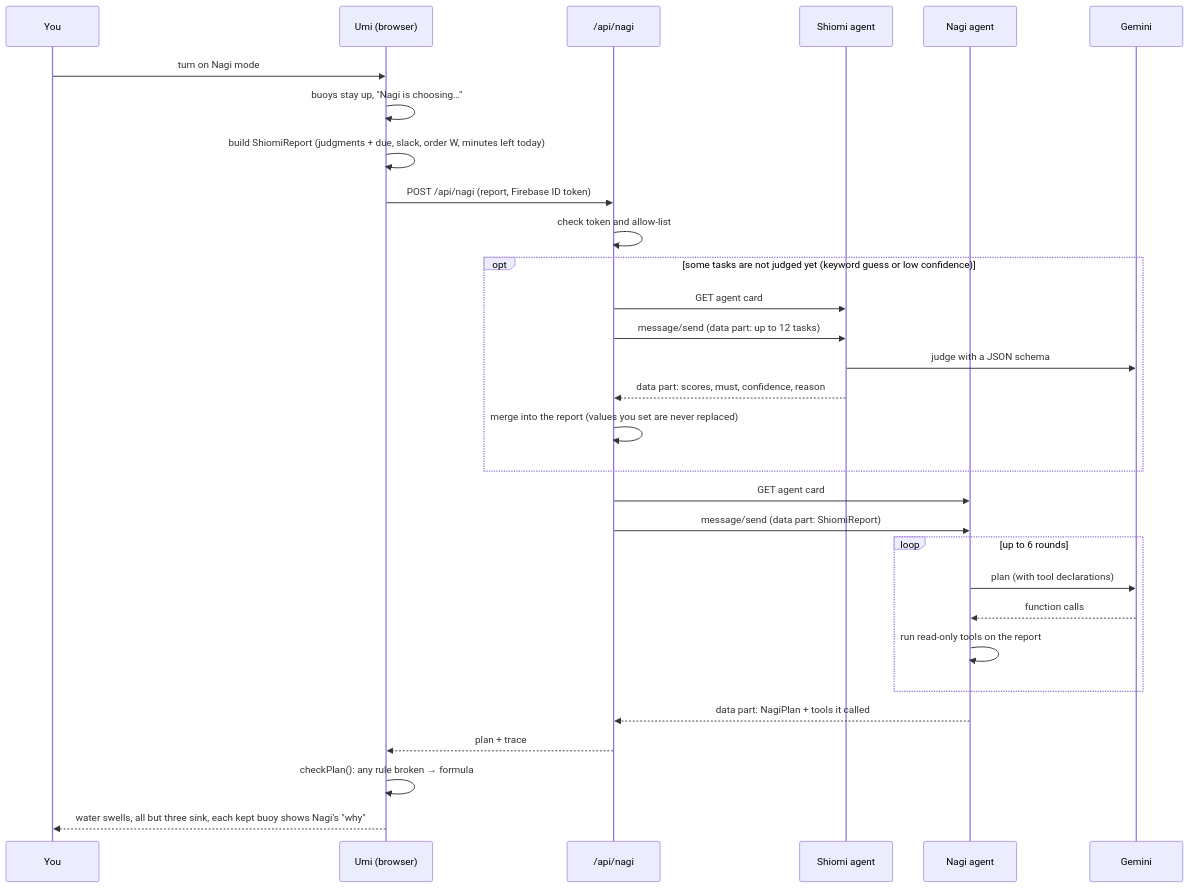
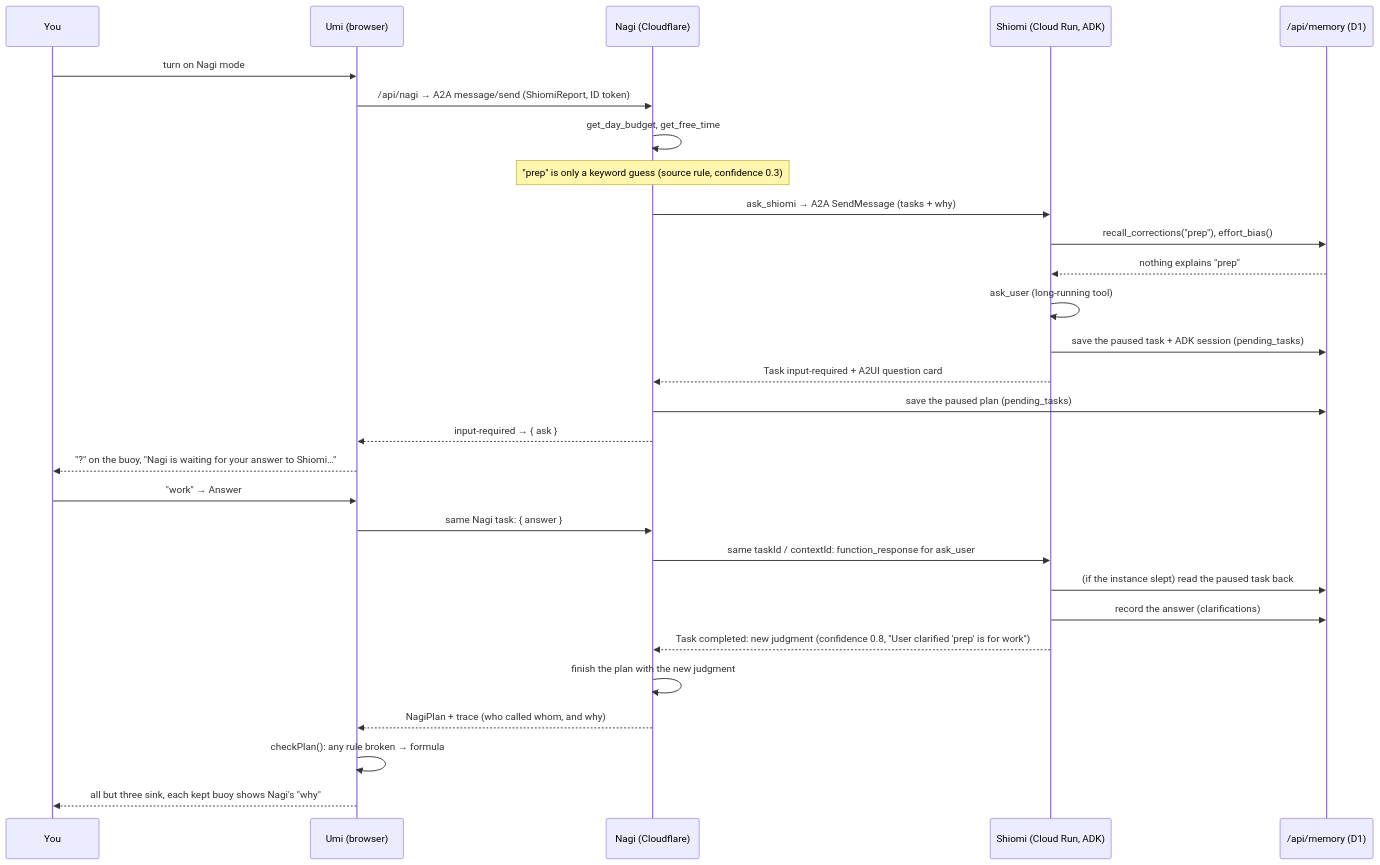
One commit to Rinkufujiwara/umi changed the second of 2 diagrams in README.md. Above: the diagram before and after it, drawn with Mermaid. The commit also changed other lines of this file and 34 other files, not shown here.

First line of the commit message:
Shiomi on ADK + Cloud Run with memory and ask-back; Nagi consults it over A2A

````diff
--- a/README.md
+++ b/README.md
@@ -103,33 +114,32 @@
 ```mermaid
 sequenceDiagram
   participant U as You
   participant B as Umi (browser)
-  participant O as /api/nagi
-  participant S as Shiomi agent
-  participant N as Nagi agent
-  participant G as Gemini
+  participant N as Nagi (Cloudflare)
+  participant S as Shiomi (Cloud Run, ADK)
+  participant M as /api/memory (D1)
 
   U->>B: turn on Nagi mode
-  B->>B: buoys stay up, "Nagi is choosing…"
-  B->>B: build ShiomiReport (judgments + due, slack, order W, minutes left today)
-  B->>O: POST /api/nagi (report, Firebase ID token)
-  O->>O: check token and allow-list
-  opt some tasks are not judged yet (keyword guess or low confidence)
-    O->>S: GET agent card
-    O->>S: message/send (data part: up to 12 tasks)
-    S->>G: judge with a JSON schema
-    S-->>O: data part: scores, must, confidence, reason
-    O->>O: merge into the report (values you set are never replaced)
-  end
-  O->>N: GET agent card
-  O->>N: message/send (data part: ShiomiReport)
-  loop up to 6 rounds
-    N->>G: plan (with tool declarations)
-    G-->>N: function calls
-    N->>N: run read-only tools on the report
-  end
-  N-->>O: data part: NagiPlan + tools it called
-  O-->>B: plan + trace
+  B->>N: /api/nagi → A2A message/send (ShiomiReport, ID token)
+  N->>N: get_day_budget, get_free_time
+  Note over N: "prep" is only a keyword guess (source rule, confidence 0.3)
+  N->>S: ask_shiomi → A2A SendMessage (tasks + why)
+  S->>M: recall_corrections("prep"), effort_bias()
+  M-->>S: nothing explains "prep"
+  S->>S: ask_user (long-running tool)
+  S->>M: save the paused task + ADK session (pending_tasks)
+  S-->>N: Task input-required + A2UI question card
+  N->>M: save the paused plan (pending_tasks)
+  N-->>B: input-required → { ask }
+  B-->>U: "?" on the buoy, "Nagi is waiting for your answer to Shiomi…"
+  U->>B: "work" → Answer
+  B->>N: same Nagi task: { answer }
+  N->>S: same taskId / contextId: function_response for ask_user
+  S->>M: (if the instance slept) read the paused task back
+  S->>M: record the answer (clarifications)
+  S-->>N: Task completed: new judgment (confidence 0.8, "User clarified 'prep' is for work")
+  N->>N: finish the plan with the new judgment
+  N-->>B: NagiPlan + trace (who called whom, and why)
   B->>B: checkPlan(): any rule broken → formula
-  B-->>U: water swells, all but three sink, each kept buoy shows Nagi's "why"
+  B-->>U: all but three sink, each kept buoy shows Nagi's "why"
 ```
````
